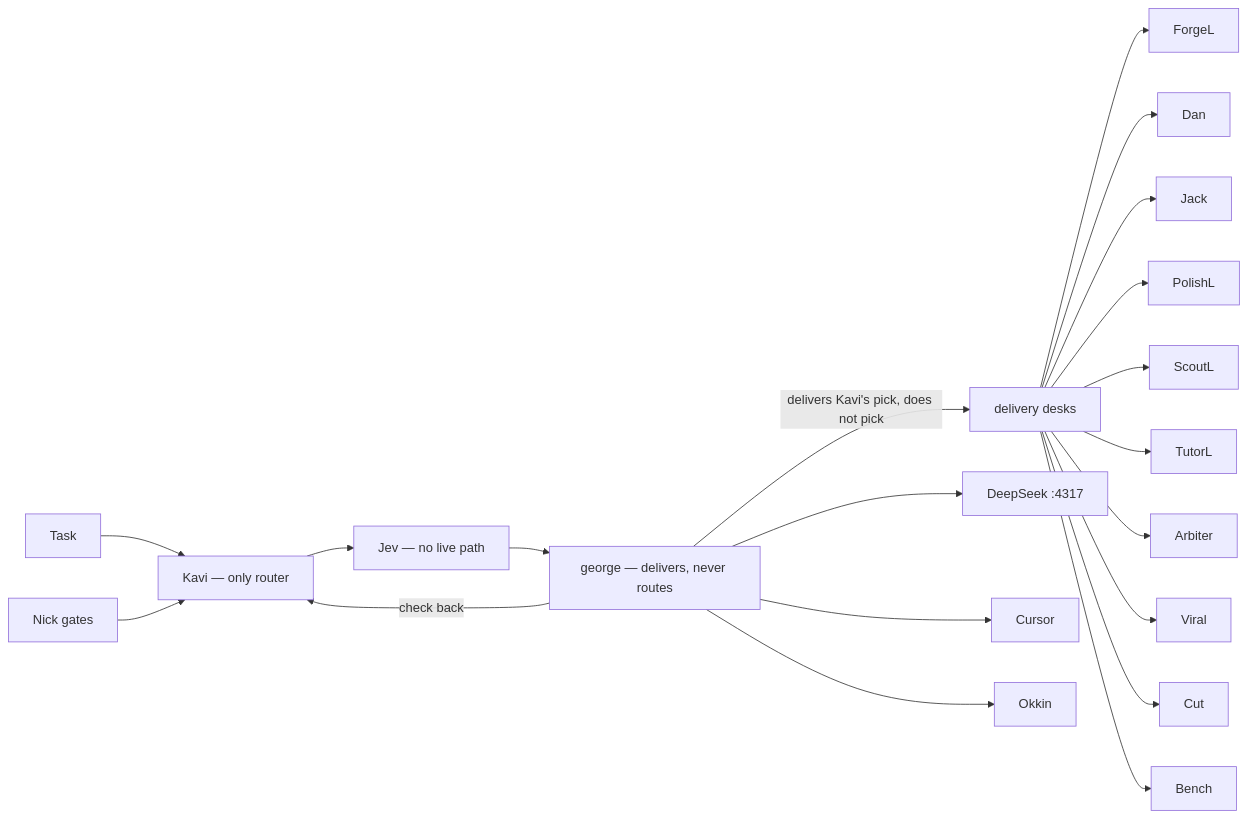
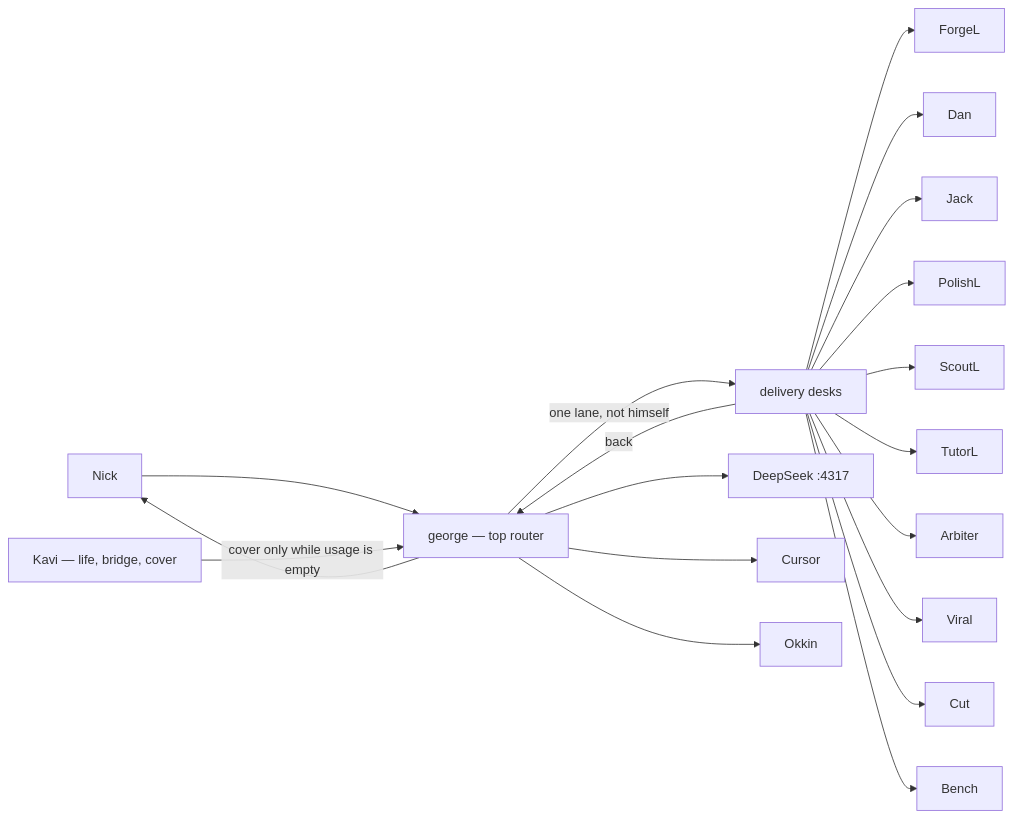
One commit to nicholibb-prog/agent-office changed the diagram in docs/ROUTING-MAP.md. Above: the diagram before and after it, drawn with Mermaid. The commit also changed other lines of this file, not shown here.

First line of the commit message:
Lock george as top router

````diff
--- a/docs/ROUTING-MAP.md
+++ b/docs/ROUTING-MAP.md
@@ -11,11 +11,10 @@
 ```mermaid
 flowchart LR
-  Task --> Kavi["Kavi — only router"]
-  Nick["Nick gates"] --> Kavi
-  Kavi --> Jev["Jev — no live path"]
-  Jev --> George["george — delivers, never routes"]
-  George -->|"check back"| Kavi
-  George -->|"delivers Kavi's pick, does not pick"| Desks["delivery desks"]
+  Nick["Nick"] --> George["george — top router"]
+  George -->|"one lane, not himself"| Desks["delivery desks"]
   Desks --> ForgeL & Dan & Jack & PolishL & ScoutL & TutorL & Arbiter & Viral & Cut & Bench
+  Desks -->|"back"| George
+  George --> Nick
   George --> DS["DeepSeek :4317"] & Cursor & Okkin
+  Kavi["Kavi — life, bridge, cover"] -->|"cover only while usage is empty"| George
 ```
````
